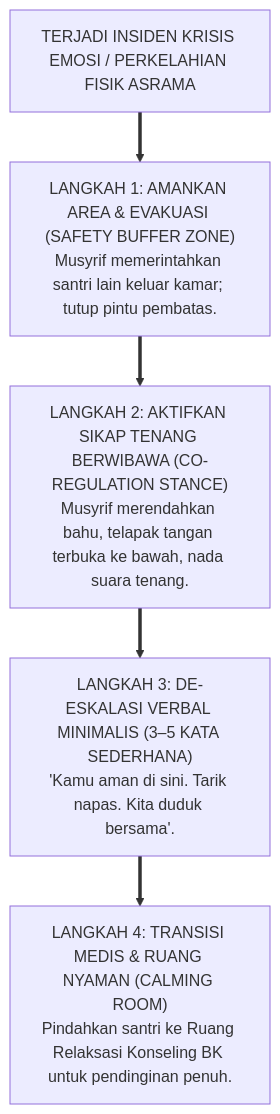
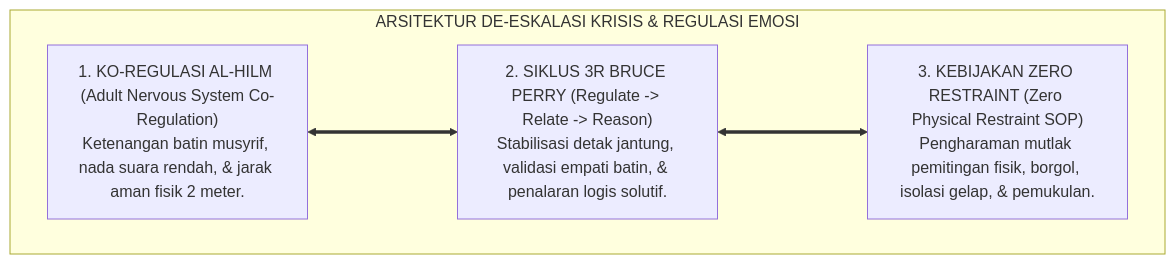
Before and after one commit to wandiapriliyandi/tumbuh: the second of 3 diagrams in 02 Principles/06 Intervention Principles/P2-06-03-Prinsip-De-eskalasi-Krisis-dan-Regulasi-Emosi.md, drawn with Mermaid. The commit also changed other lines of this file and 7 other files, not shown here.

````diff
--- a/02 Principles/06 Intervention Principles/P2-06-03-Prinsip-De-eskalasi-Krisis-dan-Regulasi-Emosi.md
+++ b/02 Principles/06 Intervention Principles/P2-06-03-Prinsip-De-eskalasi-Krisis-dan-Regulasi-Emosi.md
@@ -241,14 +114,13 @@
 ```mermaid
 flowchart TD
-    Krisis["TERJADI INSIDEN KRISIS EMOSI / PERKELAHIAN FISIK ASRAMA"]
-    
-    L1["LANGKAH 1: AMANKAN AREA & EVAKUASI (SAFETY BUFFER ZONE)<br/>Musyrif memerintahkan santri lain keluar kamar; tutup pintu pembatas."]
-    
-    L2["LANGKAH 2: AKTIFKAN SIKAP TENANG BERWIBAWA (CO-REGULATION STANCE)<br/>Musyrif merendahkan bahu, telapak tangan terbuka ke bawah, nada suara tenang."]
-    
-    L3["LANGKAH 3: DE-ESKALASI VERBAL MINIMALIS (3–5 KATA SEDERHANA)<br/>'Kamu aman di sini. Tarik napas. Kita duduk bersama'."]
-    
-    L4["LANGKAH 4: TRANSISI MEDIS & RUANG NYAMAN (CALMING ROOM)<br/>Pindahkan santri ke Ruang Relaksasi Konseling BK untuk pendinginan penuh."]
-    
-    Krisis ==> L1 ==> L2 ==> L3 ==> L4
+    subgraph ArsitekturDeEskalasiTUMBUH["ARSITEKTUR DE-ESKALASI KRISIS & REGULASI EMOSI"]
+        
+        D1_Sayap["1. KO-REGULASI AL-HILM (Adult Nervous System Co-Regulation)<br/>Ketenangan batin musyrif, nada suara rendah, & jarak aman fisik 2 meter."]
+        
+        D2_Sayap["2. SIKLUS 3R BRUCE PERRY (Regulate -> Relate -> Reason)<br/>Stabilisasi detak jantung, validasi empati batin, & penalaran logis solutif."]
+        
+        D3_Sayap["3. KEBIJAKAN ZERO RESTRAINT (Zero Physical Restraint SOP)<br/>Pengharaman mutlak pemitingan fisik, borgol, isolasi gelap, & pemukulan."]
+        
+        D1_Sayap <===> D2_Sayap <===> D3_Sayap
+    end
 ```
````
